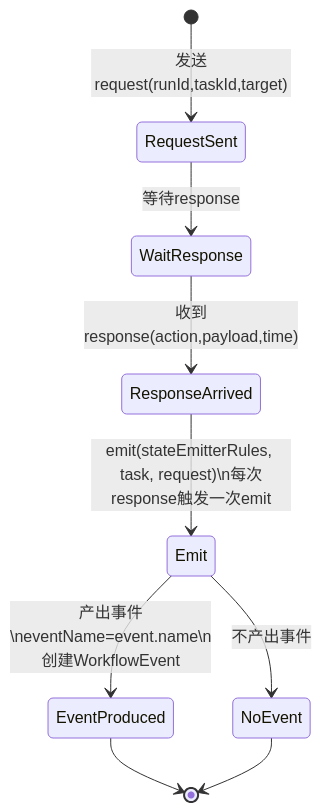
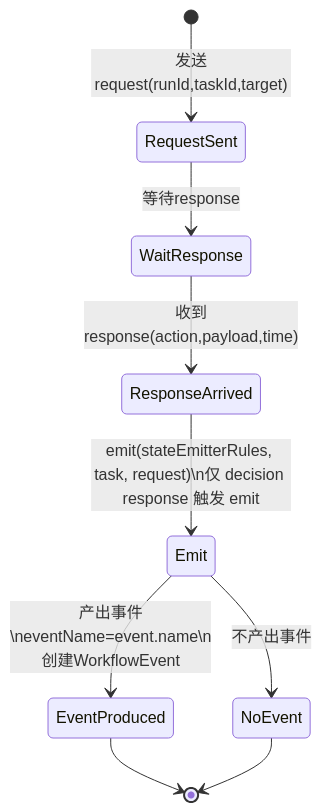
One commit to lchrennew/es-workflow changed the eighth of 8 diagrams in docs/design/20-runtime-domain.md. Above: the diagram before and after it, drawn with Mermaid. The commit also changed other lines of this file and 19 other files, not shown here.

````diff
--- a/docs/design/20-runtime-domain.md
+++ b/docs/design/20-runtime-domain.md
@@ -394,13 +445,13 @@
 ```mermaid
 stateDiagram
   [*] --> RequestSent: 发送request(runId,taskId,target)
   RequestSent --> WaitResponse: 等待response
   WaitResponse --> ResponseArrived: 收到response(action,payload,time)
 
-  ResponseArrived --> Emit: emit(stateEmitterRules, task, request)\n每次response触发一次emit
+  ResponseArrived --> Emit: emit(stateEmitterRules, task, request)\n仅 decision response 触发 emit
   Emit --> EventProduced: 产出事件\neventName=event.name\n创建WorkflowEvent
   Emit --> NoEvent: 不产出事件
 
   EventProduced --> [*]
   NoEvent --> [*]
 ```
````
